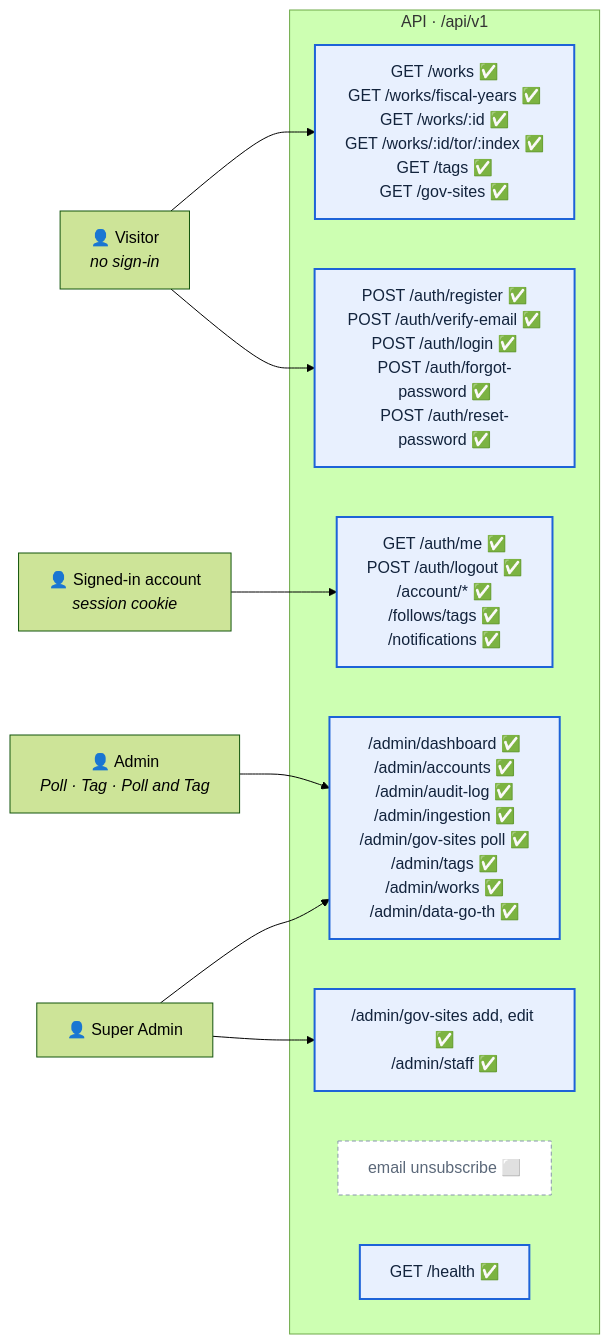
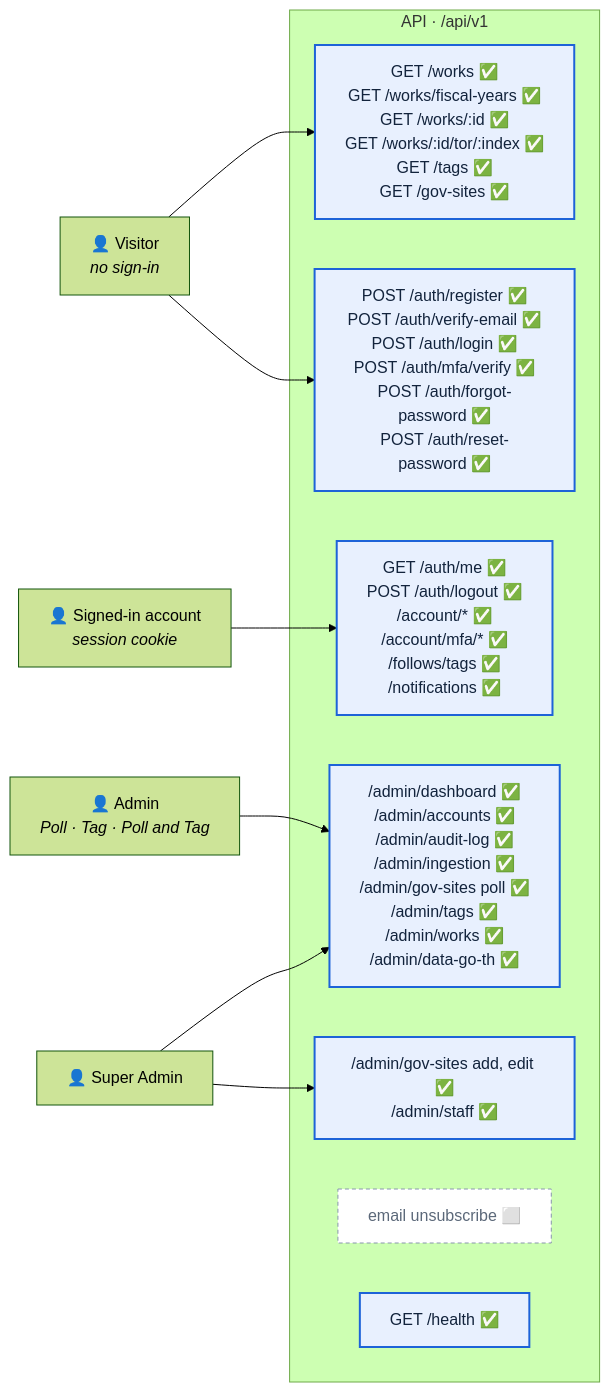
One commit to OTK-Software-Process/B2GVendor changed the first of 4 diagrams in docs/API.md. Above: the diagram before and after it, drawn with Mermaid (forest theme). The commit also changed other lines of this file and 66 other files, not shown here.

````diff
--- a/docs/API.md
+++ b/docs/API.md
@@ -25,29 +25,29 @@
 ```mermaid
 flowchart LR
     visitor["👤 Visitor<br/><i>no sign-in</i>"]
     user["👤 Signed-in account<br/><i>session cookie</i>"]
     admin["👤 Admin<br/><i>Poll · Tag · Poll and Tag</i>"]
     super["👤 Super Admin"]
 
     subgraph api["API · /api/v1"]
         pub["GET /works ✅<br/>GET /works/fiscal-years ✅<br/>GET /works/:id ✅<br/>GET /works/:id/tor/:index ✅<br/>GET /tags ✅<br/>GET /gov-sites ✅"]
-        auth["POST /auth/register ✅<br/>POST /auth/verify-email ✅<br/>POST /auth/login ✅<br/>POST /auth/forgot-password ✅<br/>POST /auth/reset-password ✅"]
-        me["GET /auth/me ✅<br/>POST /auth/logout ✅<br/>/account/* ✅<br/>/follows/tags ✅<br/>/notifications ✅"]
+        auth["POST /auth/register ✅<br/>POST /auth/verify-email ✅<br/>POST /auth/login ✅<br/>POST /auth/mfa/verify ✅<br/>POST /auth/forgot-password ✅<br/>POST /auth/reset-password ✅"]
+        me["GET /auth/me ✅<br/>POST /auth/logout ✅<br/>/account/* ✅<br/>/account/mfa/* ✅<br/>/follows/tags ✅<br/>/notifications ✅"]
         adminq["/admin/dashboard ✅<br/>/admin/accounts ✅<br/>/admin/audit-log ✅<br/>/admin/ingestion ✅<br/>/admin/gov-sites poll ✅<br/>/admin/tags ✅<br/>/admin/works ✅<br/>/admin/data-go-th ✅"]
         sa["/admin/gov-sites add, edit ✅<br/>/admin/staff ✅"]
         unsub["email unsubscribe ⬜"]
         health["GET /health ✅"]
     end
 
     visitor --> pub
     visitor --> auth
     user --> me
     admin --> adminq
     super --> adminq
     super --> sa
 
     classDef built fill:#e8f0fe,stroke:#1d63d8,color:#12233c,stroke-width:2px
     classDef planned fill:#fff,stroke:#8896ad,color:#5b6879,stroke-dasharray:4 3
     class pub,auth,me,adminq,sa,health built
     class unsub planned
 ```
````
